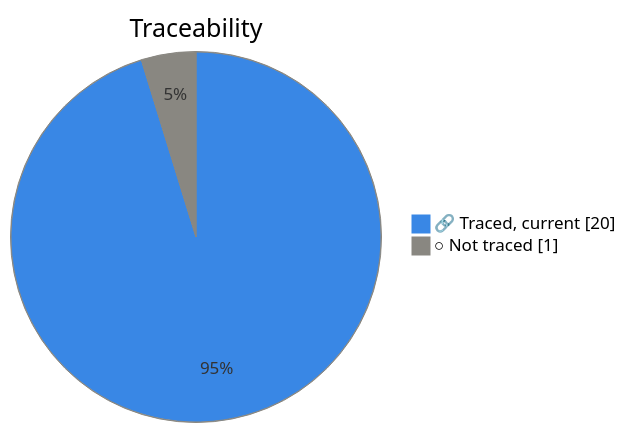
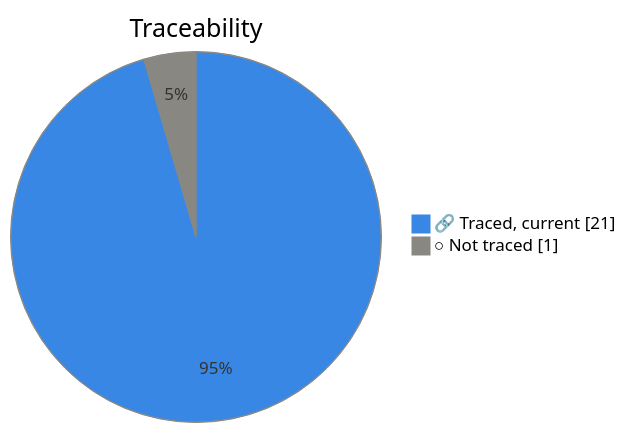
One commit to Top-Q/playwright-typescript changed the third of 4 diagrams in specs/product/vault/Dashboard.md. Above: the diagram before and after it, drawn with Mermaid. The commit also changed other lines of this file and 2 other files, not shown here.

````diff
--- a/specs/product/vault/Dashboard.md
+++ b/specs/product/vault/Dashboard.md
@@ -55,6 +55,6 @@
 ```mermaid
 %%{init: {"themeVariables":{"pie1":"#3987e5","pie2":"#898781","pieOpacity":"1","pieStrokeColor":"#898781","pieStrokeWidth":"1px","pieOuterStrokeColor":"#898781","pieOuterStrokeWidth":"1px"}}}%%
 pie showData title Traceability
-    "🔗 Traced, current" : 20
+    "🔗 Traced, current" : 21
     "○ Not traced" : 1
 ```
````
